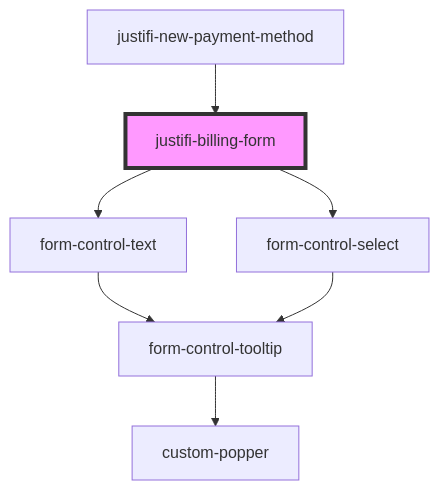
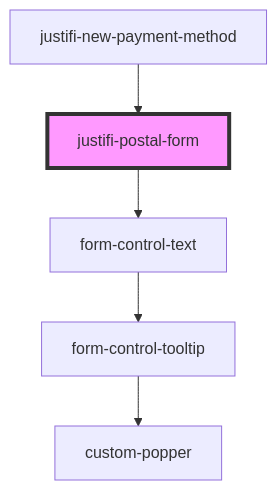
One commit to justifi-tech/web-component-library changed the diagram in packages/webcomponents/src/components/billing-form/readme.md. Above: the diagram before and after it, drawn with Mermaid. The commit also changed other lines of this file and 5 other files, not shown here.

Commit message:
Add hideCardBillingForm prop to checkout and tokenize components

````diff
--- a/packages/webcomponents/src/components/billing-form/readme.md
+++ b/packages/webcomponents/src/components/billing-form/readme.md
@@ -66,10 +65,8 @@
 ```mermaid
 graph TD;
-  justifi-billing-form --> form-control-text
-  justifi-billing-form --> form-control-select
+  justifi-postal-form --> form-control-text
   form-control-text --> form-control-tooltip
   form-control-tooltip --> custom-popper
-  form-control-select --> form-control-tooltip
-  justifi-new-payment-method --> justifi-billing-form
-  style justifi-billing-form fill:#f9f,stroke:#333,stroke-width:4px
+  justifi-new-payment-method --> justifi-postal-form
+  style justifi-postal-form fill:#f9f,stroke:#333,stroke-width:4px
 ```
````
